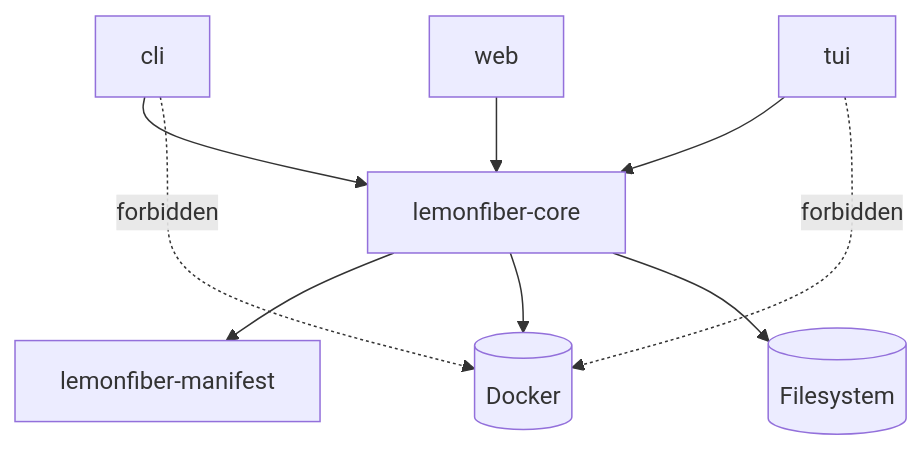
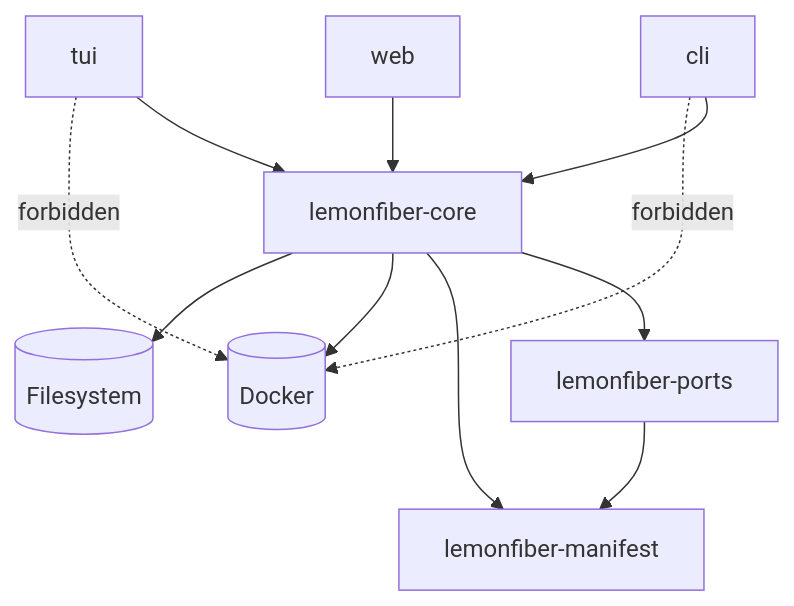
One commit to lemonfiber/spec changed the first of 2 diagrams in 20-architecture/component-model.md. Above: the diagram before and after it, drawn with Mermaid. The commit also changed other lines of this file, not shown here.

````diff
--- a/20-architecture/component-model.md
+++ b/20-architecture/component-model.md
@@ -55,12 +84,14 @@
 ```mermaid
 flowchart TD
     cli[cli] --> core[lemonfiber-core]
     tui[tui] --> core
     web[web] --> core
+    core --> ports[lemonfiber-ports]
     core --> manifest[lemonfiber-manifest]
+    ports --> manifest
     core --> docker[(Docker)]
     core --> fs[(Filesystem)]
 
     cli -.->|forbidden| docker
     tui -.->|forbidden| docker
 ```
````
